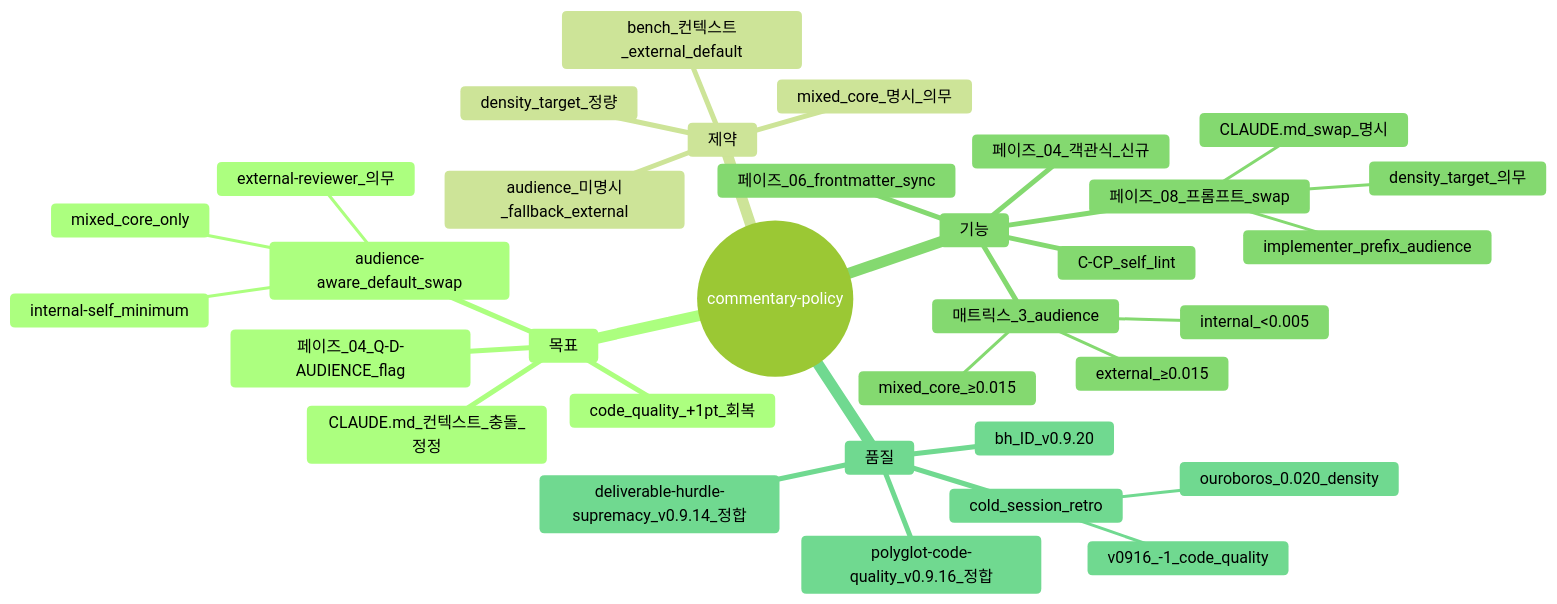
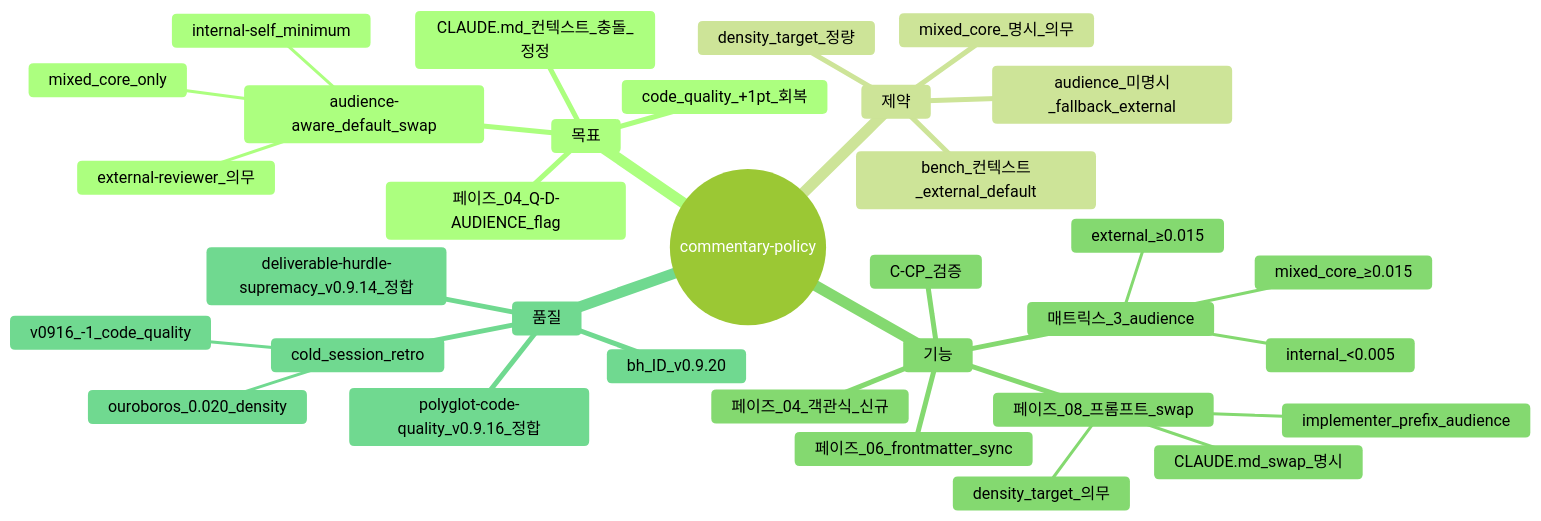
Before and after one commit to whyjp/ShipofTheseus: the diagram in skills/theseus-harness/conventions/commentary-policy.md, drawn with Mermaid (forest theme). The commit also changed other lines of this file and 43 other files, not shown here.

First line of the commit message:
refactor(b3c): 가짜 self_lint 귀속 51개 정리 — 선언≠구현(P2) 잔재 제거

````diff
--- a/skills/theseus-harness/conventions/commentary-policy.md
+++ b/skills/theseus-harness/conventions/commentary-policy.md
@@ -123,36 +123,36 @@
 ```mermaid
 mindmap
   root((commentary-policy))
     목표
       audience-aware_default_swap
         internal-self_minimum
         external-reviewer_의무
         mixed_core_only
       페이즈_04_Q-D-AUDIENCE_flag
       CLAUDE.md_컨텍스트_충돌_정정
       code_quality_+1pt_회복
     제약
       audience_미명시_fallback_external
       bench_컨텍스트_external_default
       mixed_core_명시_의무
       density_target_정량
     기능
-      C-CP_self_lint
+      C-CP_검증
       페이즈_04_객관식_신규
       페이즈_06_frontmatter_sync
       페이즈_08_프롬프트_swap
         implementer_prefix_audience
         CLAUDE.md_swap_명시
         density_target_의무
       매트릭스_3_audience
         internal_<0.005
         external_≥0.015
         mixed_core_≥0.015
     품질
       cold_session_retro
         v0916_-1_code_quality
         ouroboros_0.020_density
       polyglot-code-quality_v0.9.16_정합
       deliverable-hurdle-supremacy_v0.9.14_정합
       bh_ID_v0.9.20
 ```
````
